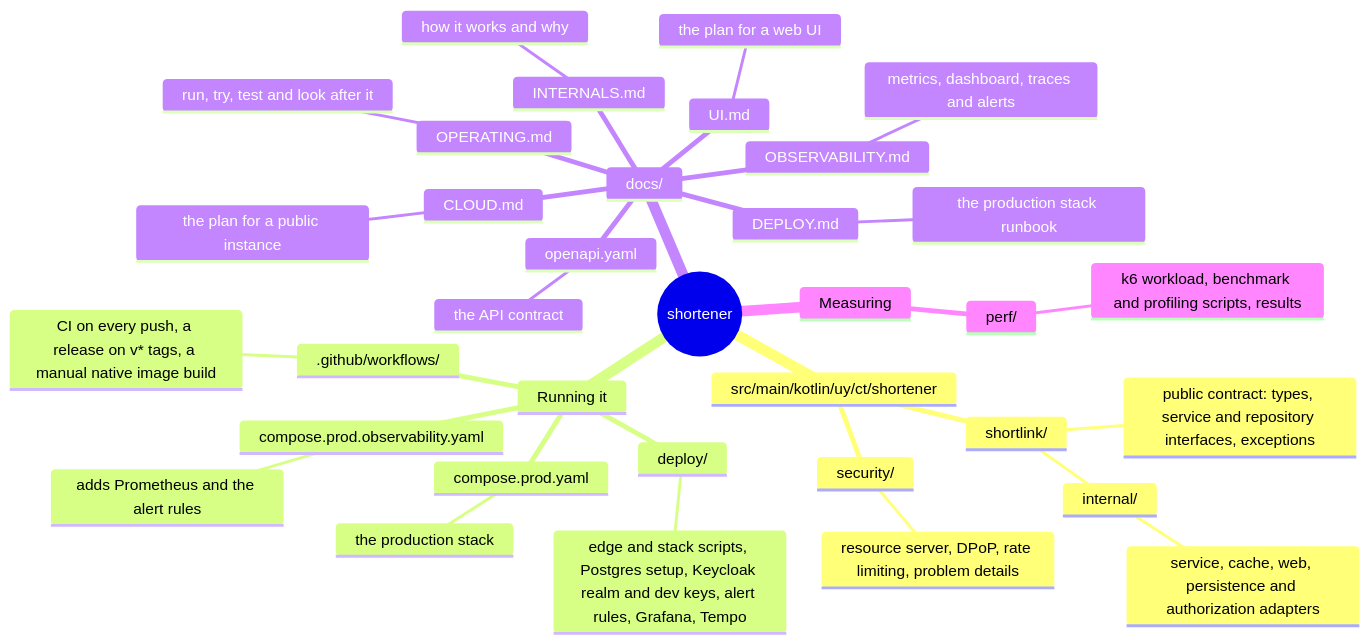
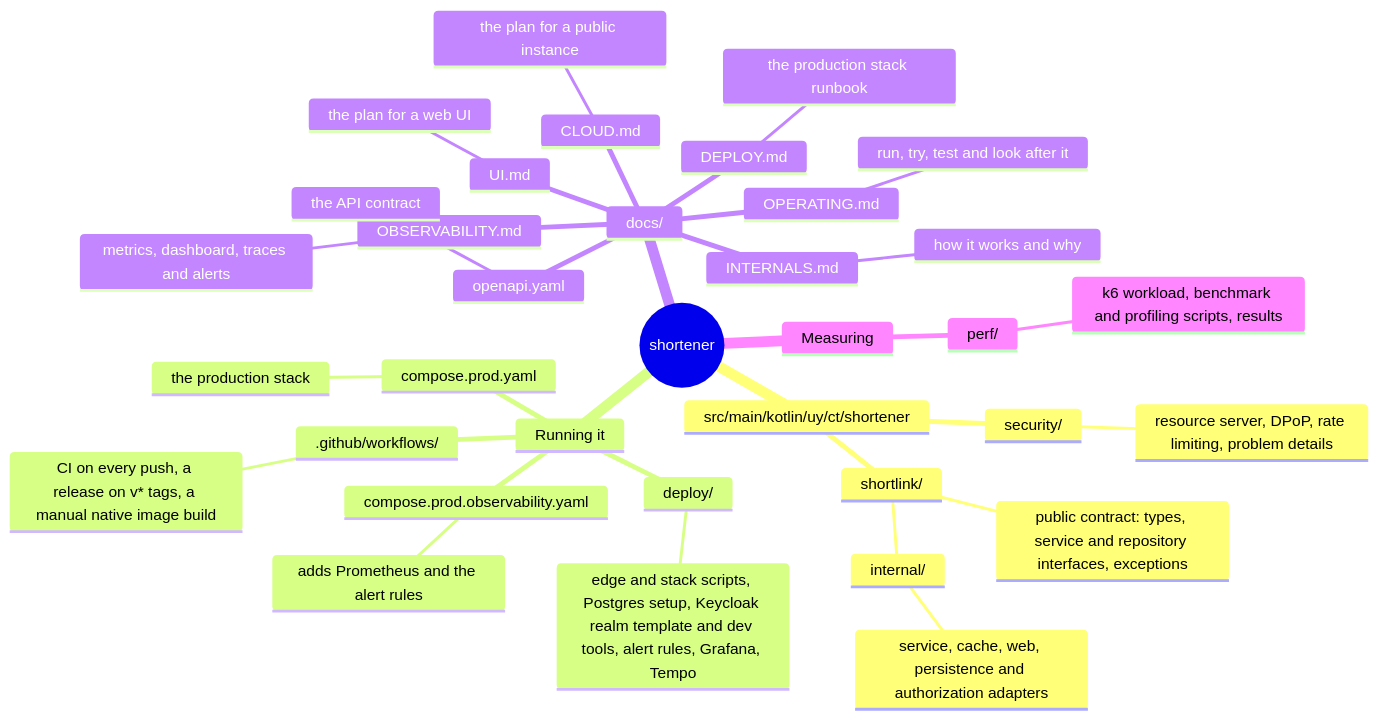
Before and after one commit to christ008/shortener: the diagram in README.md, drawn with Mermaid. The commit also changed other lines of this file and 5 other files, not shown here.

Commit message:
Document the shell client and the generated dev setup

````diff
--- a/README.md
+++ b/README.md
@@ -127,38 +133,38 @@
 ```mermaid
 mindmap
   root((shortener))
     src/main/kotlin/uy/ct/shortener
       shortlink/
         public contract: types, service and repository interfaces, exceptions
         internal/
           service, cache, web, persistence and authorization adapters
       security/
         resource server, DPoP, rate limiting, problem details
     Running it
       compose.prod.yaml
         the production stack
       compose.prod.observability.yaml
         adds Prometheus and the alert rules
       deploy/
-        edge and stack scripts, Postgres setup, Keycloak realm and dev keys, alert rules, Grafana, Tempo
+        edge and stack scripts, Postgres setup, Keycloak realm template and dev tools, alert rules, Grafana, Tempo
       .github/workflows/
         CI on every push, a release on v* tags, a manual native image build
     docs/
       OPERATING.md
         run, try, test and look after it
       INTERNALS.md
         how it works and why
       DEPLOY.md
         the production stack runbook
       CLOUD.md
         the plan for a public instance
       OBSERVABILITY.md
         metrics, dashboard, traces and alerts
       openapi.yaml
         the API contract
       UI.md
         the plan for a web UI
     Measuring
       perf/
         k6 workload, benchmark and profiling scripts, results
 ```
````
